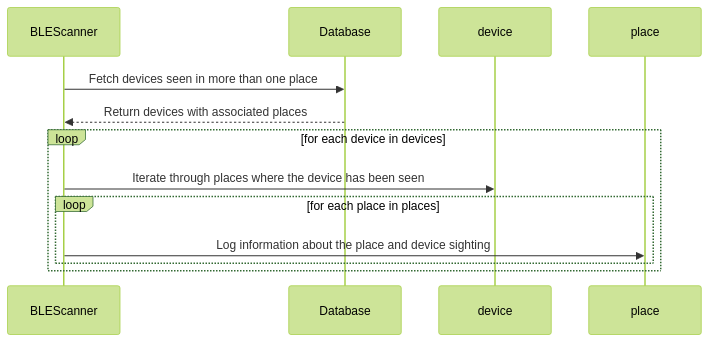
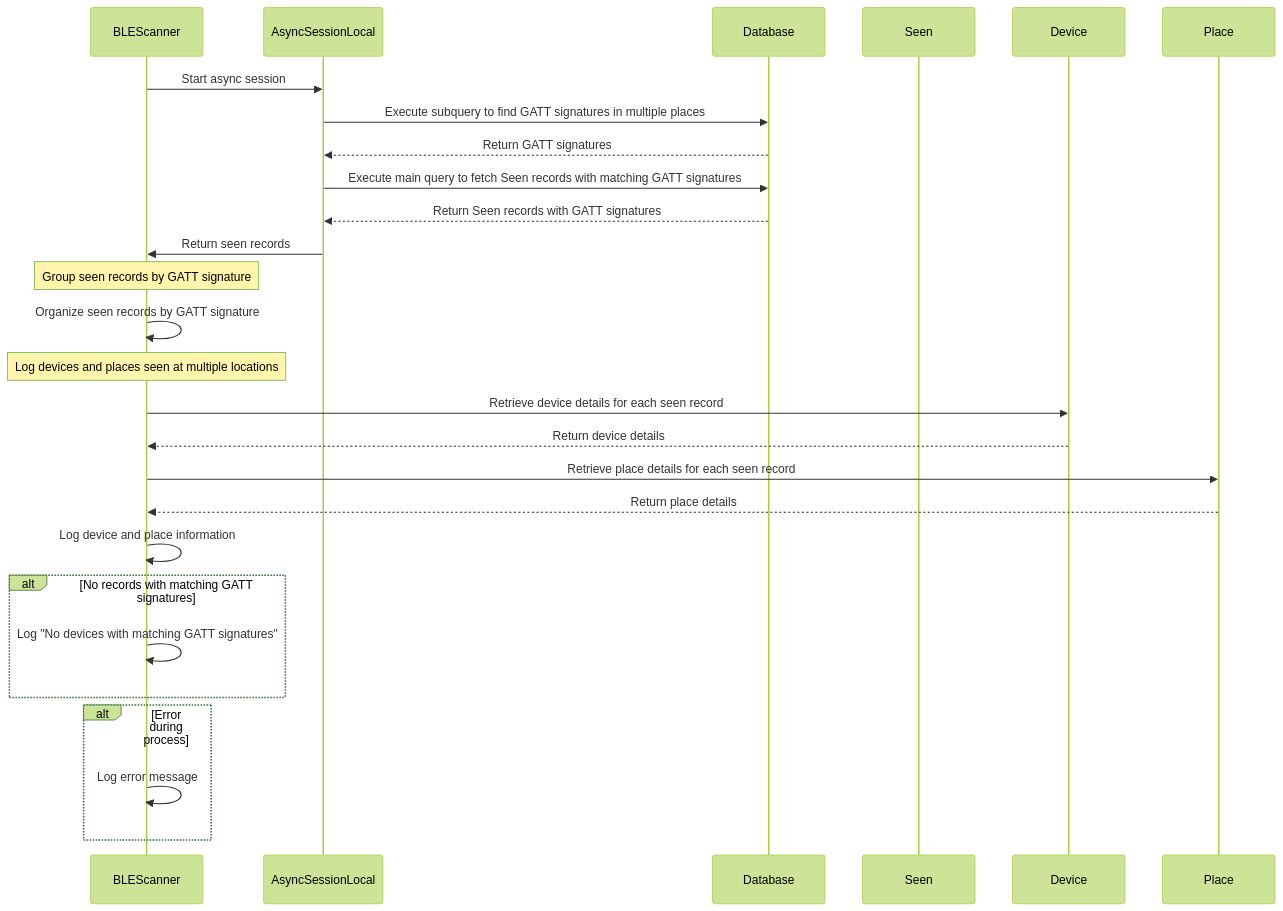
The fourth of 4 diagrams in src/swivel/scanners/README.md (blakdayz/swivel), drawn with Mermaid (forest theme) before and after one commit. The commit also changed other lines of this file, not shown here.

````diff
--- a/src/swivel/scanners/README.md
+++ b/src/swivel/scanners/README.md
@@ -84,15 +124,33 @@
 ```mermaid
 sequenceDiagram
-participant BLEScanner
-participant Database
+    participant BLEScanner
+    participant AsyncSessionLocal
+    participant Database
+    participant Seen
+    participant Device
+    participant Place
 
-BLEScanner->>Database: Fetch devices seen in more than one place
-Database-->>BLEScanner: Return devices with associated places
+    BLEScanner->>AsyncSessionLocal: Start async session
+    AsyncSessionLocal->>Database: Execute subquery to find GATT signatures in multiple places
+    Database-->>AsyncSessionLocal: Return GATT signatures
+    AsyncSessionLocal->>Database: Execute main query to fetch Seen records with matching GATT signatures
+    Database-->>AsyncSessionLocal: Return Seen records with GATT signatures
+    AsyncSessionLocal->>BLEScanner: Return seen records
 
-loop for each device in devices
-    BLEScanner->>device: Iterate through places where the device has been seen
-    loop for each place in places
-        BLEScanner->>place: Log information about the place and device sighting
+    Note over BLEScanner: Group seen records by GATT signature
+    BLEScanner->>BLEScanner: Organize seen records by GATT signature
+    Note over BLEScanner: Log devices and places seen at multiple locations
+    BLEScanner->>Device: Retrieve device details for each seen record
+    Device-->>BLEScanner: Return device details
+    BLEScanner->>Place: Retrieve place details for each seen record
+    Place-->>BLEScanner: Return place details
+    BLEScanner->>BLEScanner: Log device and place information
+
+    alt No records with matching GATT signatures
+        BLEScanner->>BLEScanner: Log "No devices with matching GATT signatures"
     end
-end
+
+    alt Error during process
+        BLEScanner->>BLEScanner: Log error message
+    end
 ```
````
